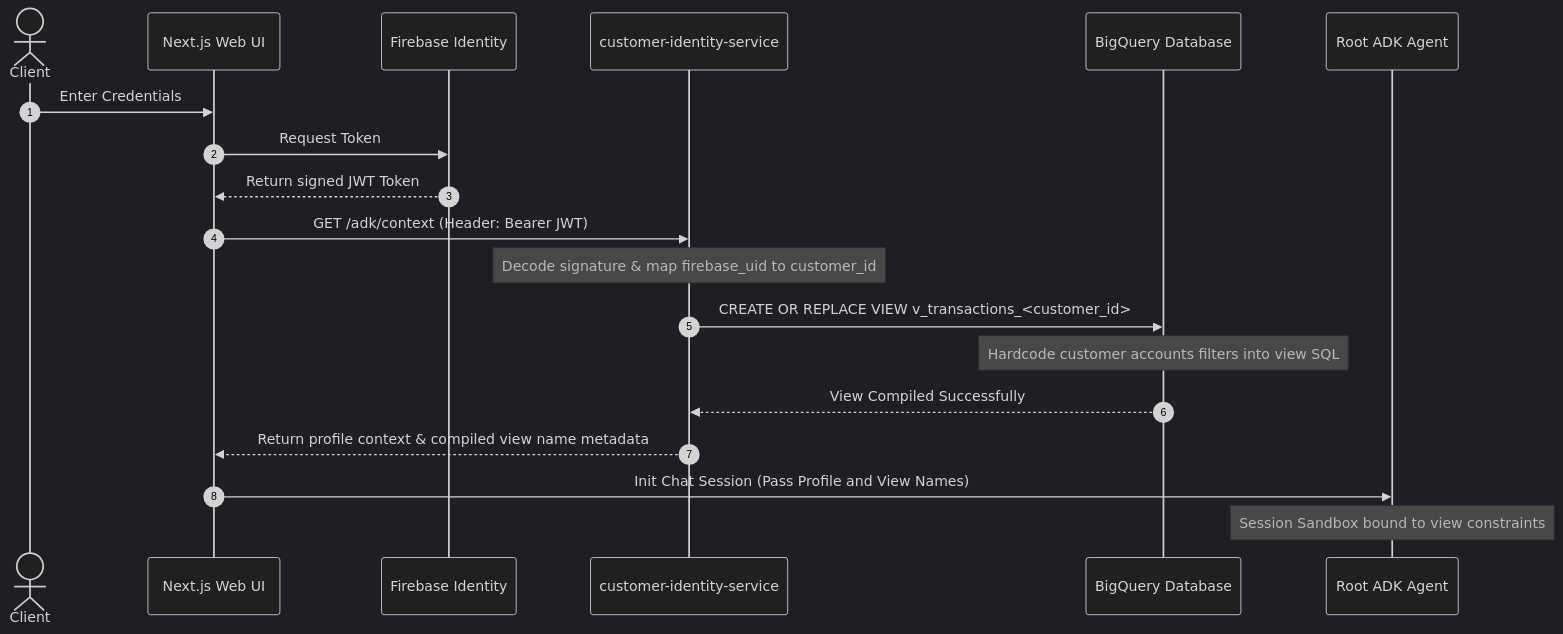
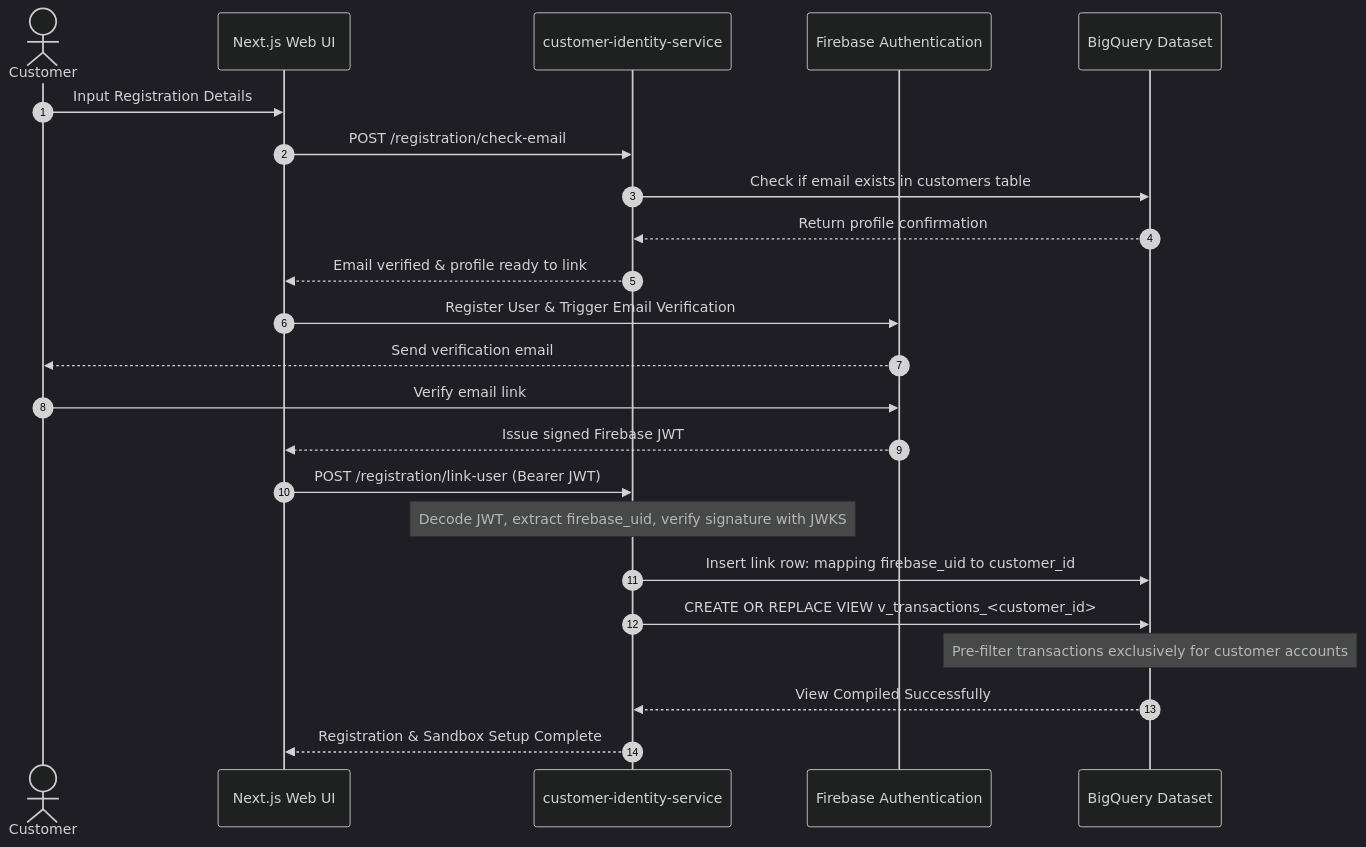
One commit to souravmighty/banking-agent changed the first of 2 diagrams in README.md. Above: the diagram before and after it, drawn with Mermaid (dark theme). The commit also changed other lines of this file and 8 other files, not shown here.

````diff
--- a/README.md
+++ b/README.md
@@ -92,22 +68,26 @@
 ```mermaid
 sequenceDiagram
     autonumber
-    actor User as Client
+    actor Customer
     participant UI as Next.js Web UI
-    participant FB as Firebase Identity
     participant CIS as customer-identity-service
-    participant BQ as BigQuery Database
-    participant ADK as Root ADK Agent
+    participant FA as Firebase Authentication
+    participant BQ as BigQuery Dataset
 
-    User->>UI: Enter Credentials
-    UI->>FB: Request Token
-    FB-->>UI: Return signed JWT Token
-    UI->>CIS: GET /adk/context (Header: Bearer JWT)
-    Note over CIS: Decode signature & map firebase_uid to customer_id
+    Customer->>UI: Input Registration Details
+    UI->>CIS: POST /registration/check-email
+    CIS->>BQ: Check if email exists in customers table
+    BQ-->>CIS: Return profile confirmation
+    CIS-->>UI: Email verified & profile ready to link
+    UI->>FA: Register User & Trigger Email Verification
+    FA-->>Customer: Send verification email
+    Customer->>FA: Verify email link
+    FA-->>UI: Issue signed Firebase JWT
+    UI->>CIS: POST /registration/link-user (Bearer JWT)
+    Note over CIS: Decode JWT, extract firebase_uid, verify signature with JWKS
+    CIS->>BQ: Insert link row: mapping firebase_uid to customer_id
     CIS->>BQ: CREATE OR REPLACE VIEW v_transactions_<customer_id>
-    Note over BQ: Hardcode customer accounts filters into view SQL
+    Note over BQ: Pre-filter transactions exclusively for customer accounts
     BQ-->>CIS: View Compiled Successfully
-    CIS-->>UI: Return profile context & compiled view name metadata
-    UI->>ADK: Init Chat Session (Pass Profile and View Names)
-    Note over ADK: Session Sandbox bound to view constraints
+    CIS-->>UI: Registration & Sandbox Setup Complete
 ```
````
